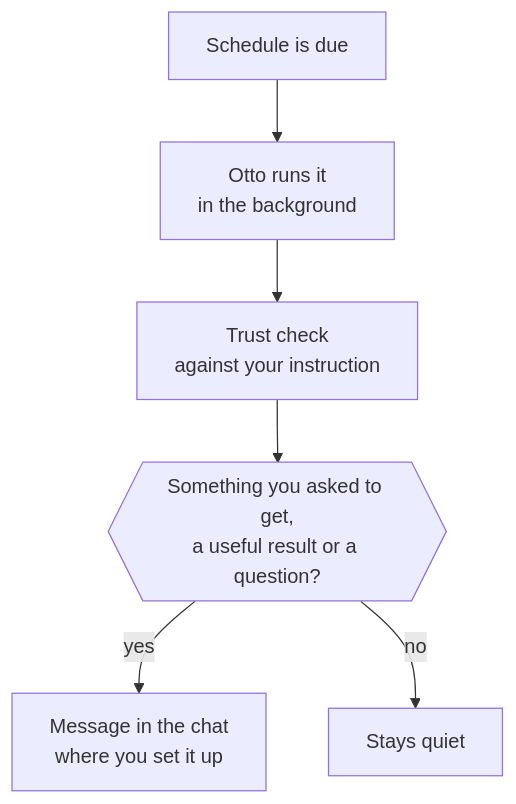
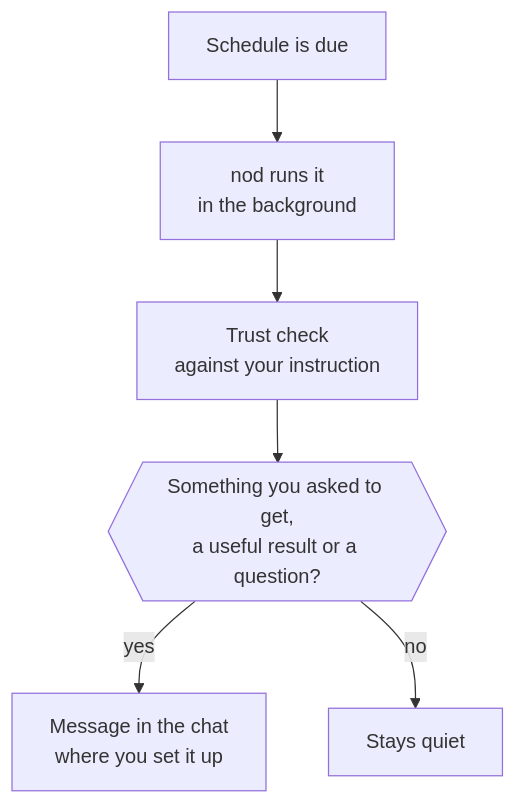
One commit to KrishBhimani/nod changed the diagram in docs/src/content/docs/use/schedules.md. Above: the diagram before and after it, drawn with Mermaid. The commit also changed other lines of this file and 380 other files, not shown here.

Commit message:
feat!: rename Otto to nod (#398)

````diff
--- a/docs/src/content/docs/use/schedules.md
+++ b/docs/src/content/docs/use/schedules.md
@@ -36,8 +36,8 @@
 ```mermaid
 flowchart TD
-  due[Schedule is due]:::accent --> run[Otto runs it<br/>in the background]
+  due[Schedule is due]:::accent --> run[nod runs it<br/>in the background]
   run --> check[Trust check<br/>against your instruction]
   check --> useful{{Something you asked to get,<br/>a useful result or a question?}}
   useful -- yes --> send[Message in the chat<br/>where you set it up]:::go
   useful -- no --> quiet[Stays quiet]:::muted
 ```
````
